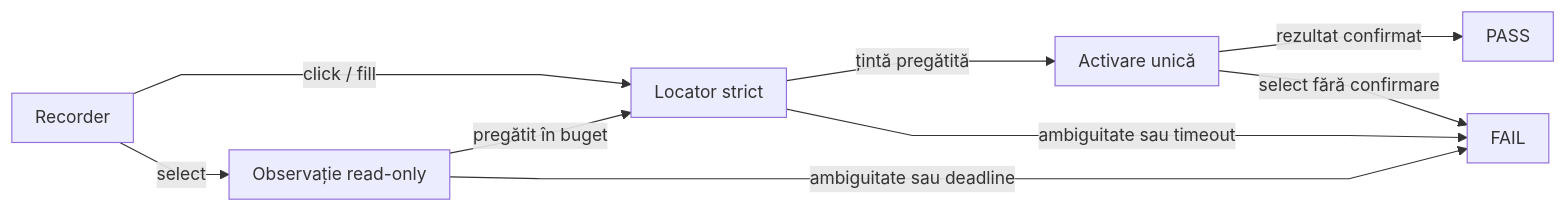
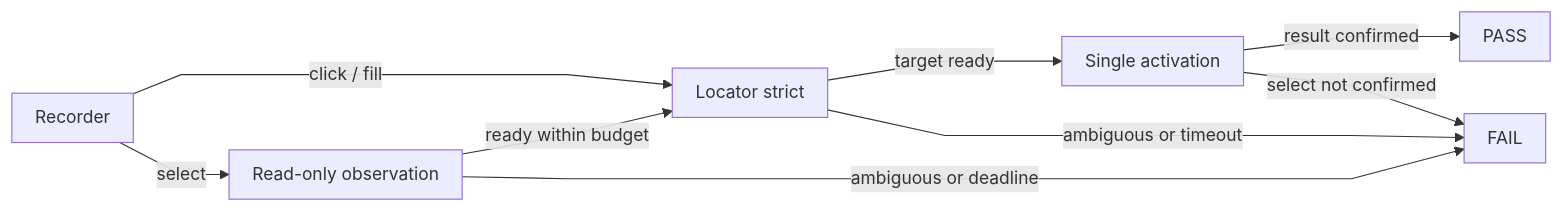
The fourth of 9 diagrams in atf-ui/README.md (crististefanita/atf_j0), drawn with Mermaid before and after one commit. The commit also changed other lines of this file and 113 other files, not shown here.

````diff
--- a/atf-ui/README.md
+++ b/atf-ui/README.md
@@ -348,12 +367,12 @@
 ```mermaid
 %%{init: {"themeVariables":{"fontSize":"15px"},"themeCSS":".nodeLabel, .nodeLabel p { font-size: 15px !important; line-height: 1.35 !important; } .edgeLabel, .edgeLabel p { font-size: 12px !important; font-weight: 400 !important; line-height: 1.2 !important; } .edgeLabel .labelBkg, .edgeLabel p { background: transparent !important; } .edgeLabel foreignObject { transform: translateY(-28px); overflow: visible; } .node rect { rx: 6px; ry: 6px; }","flowchart":{"curve":"linear","nodeSpacing":24,"rankSpacing":40,"padding":10,"diagramPadding":24}}}%%
 flowchart LR
     Record["Recorder"] -->|click / fill| Native["Locator strict"]
-    Record -->|select| Observe["Observație read-only"]
-    Observe -->|pregătit în buget| Native
-    Observe -->|ambiguitate sau deadline| Fail["FAIL"]
-    Native -->|țintă pregătită| Activate["Activare unică"]
-    Native -->|ambiguitate sau timeout| Fail
-    Activate -->|rezultat confirmat| Pass["PASS"]
-    Activate -->|select fără confirmare| Fail
+    Record -->|select| Observe["Read-only observation"]
+    Observe -->|ready within budget| Native
+    Observe -->|ambiguous or deadline| Fail["FAIL"]
+    Native -->|target ready| Activate["Single activation"]
+    Native -->|ambiguous or timeout| Fail
+    Activate -->|result confirmed| Pass["PASS"]
+    Activate -->|select not confirmed| Fail
 ```
````
